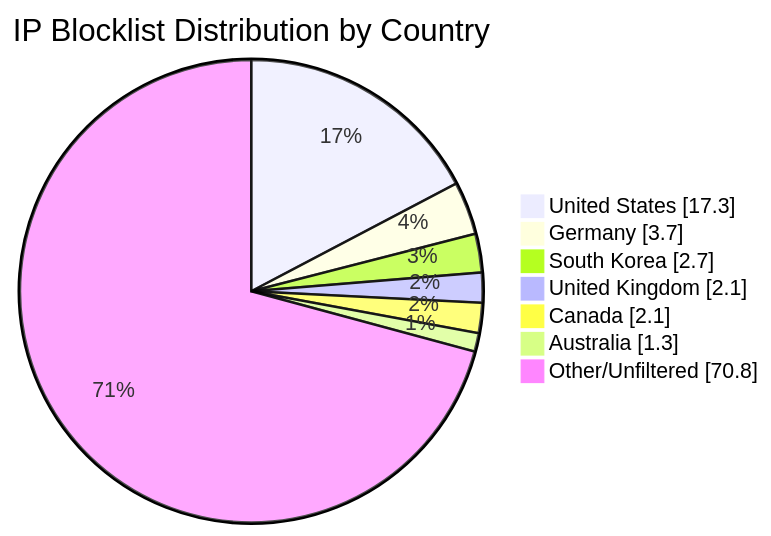
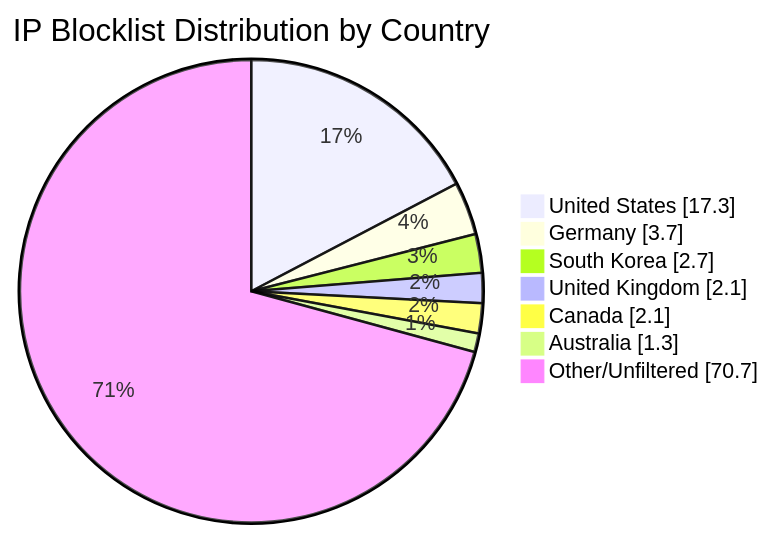
One commit to MarcusHoltz/ipblocklist-geofiltered-aggregator changed the diagram in README.md. Above: the diagram before and after it, drawn with Mermaid. The commit also changed other lines of this file and 9 other files, not shown here.

````diff
--- a/README.md
+++ b/README.md
@@ -34,10 +34,10 @@
 ```mermaid
 pie showData title IP Blocklist Distribution by Country
 "United States" : 17.3
 "Germany" : 3.7
 "South Korea" : 2.7
 "United Kingdom" : 2.1
 "Canada" : 2.1
 "Australia" : 1.3
-"Other/Unfiltered" : 70.8
+"Other/Unfiltered" : 70.7
 ```
````
